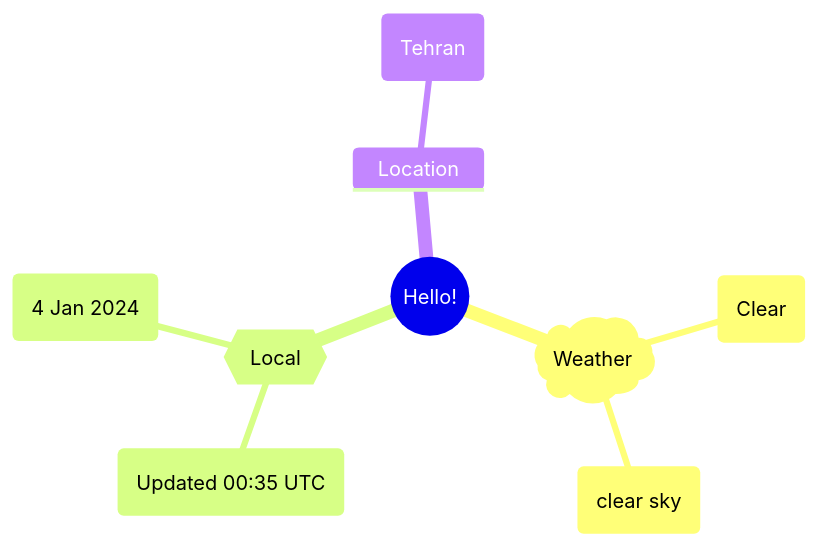
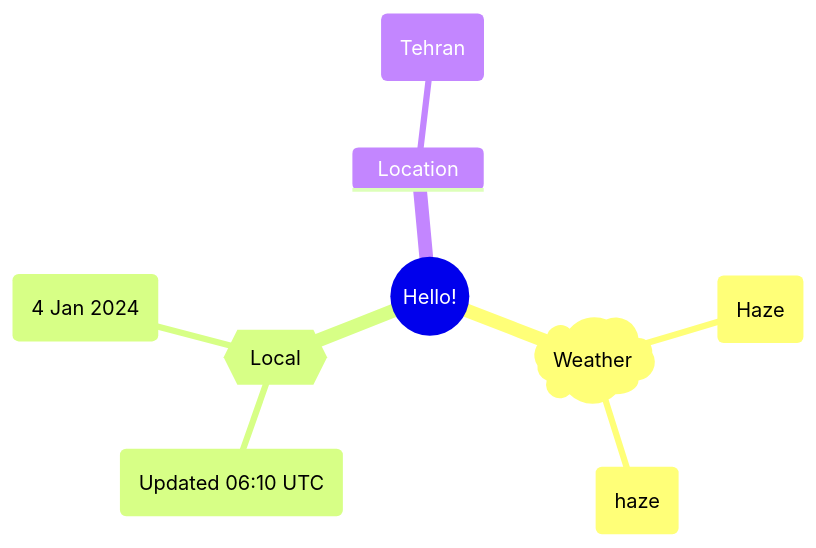
Before and after one commit to Xosrov/Xosrov: the first of 2 diagrams in README.md, drawn with Mermaid.

Commit message:
[bot] updated images

````diff
--- a/README.md
+++ b/README.md
@@ -3,12 +3,12 @@
 ```mermaid
 mindmap
   root((Hello!))
     )Weather(
-        (Clear)
-        (clear sky)
+        (Haze)
+        (haze)
     {{Local}}
-        (Updated 00:35 UTC)
+        (Updated 06:10 UTC)
         (4 Jan 2024)
     Location
         (Tehran)
 ```
````
